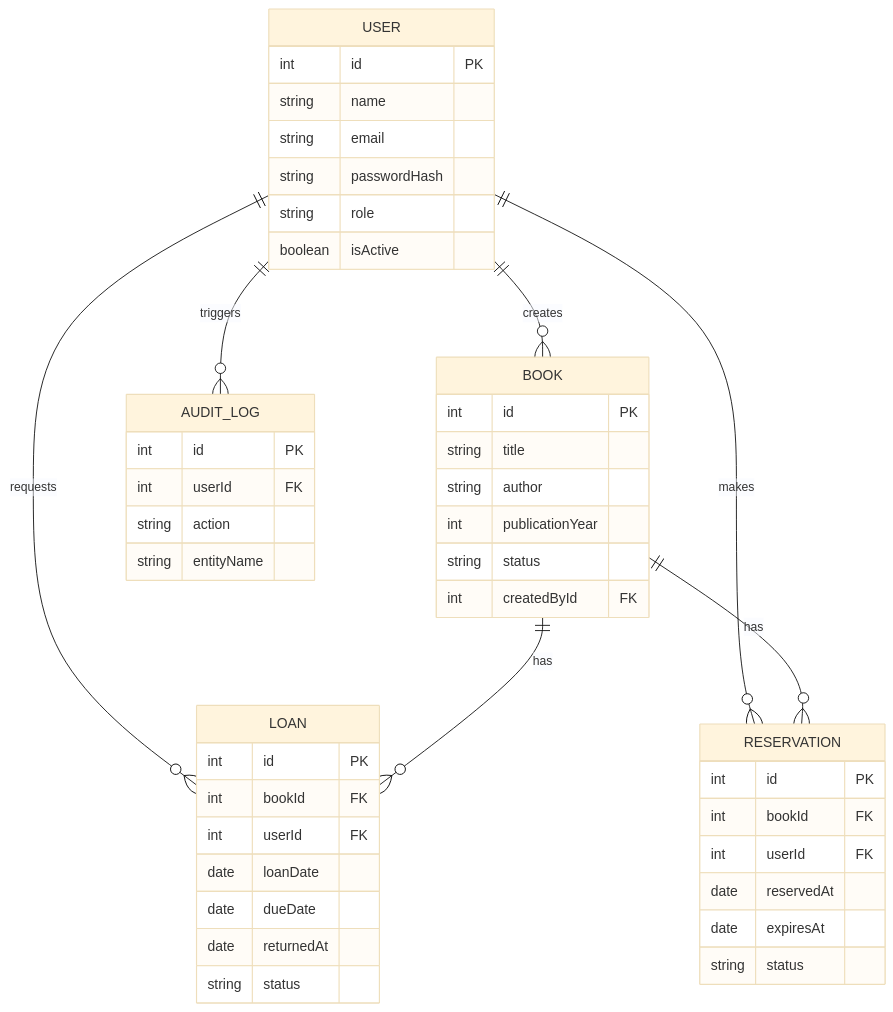
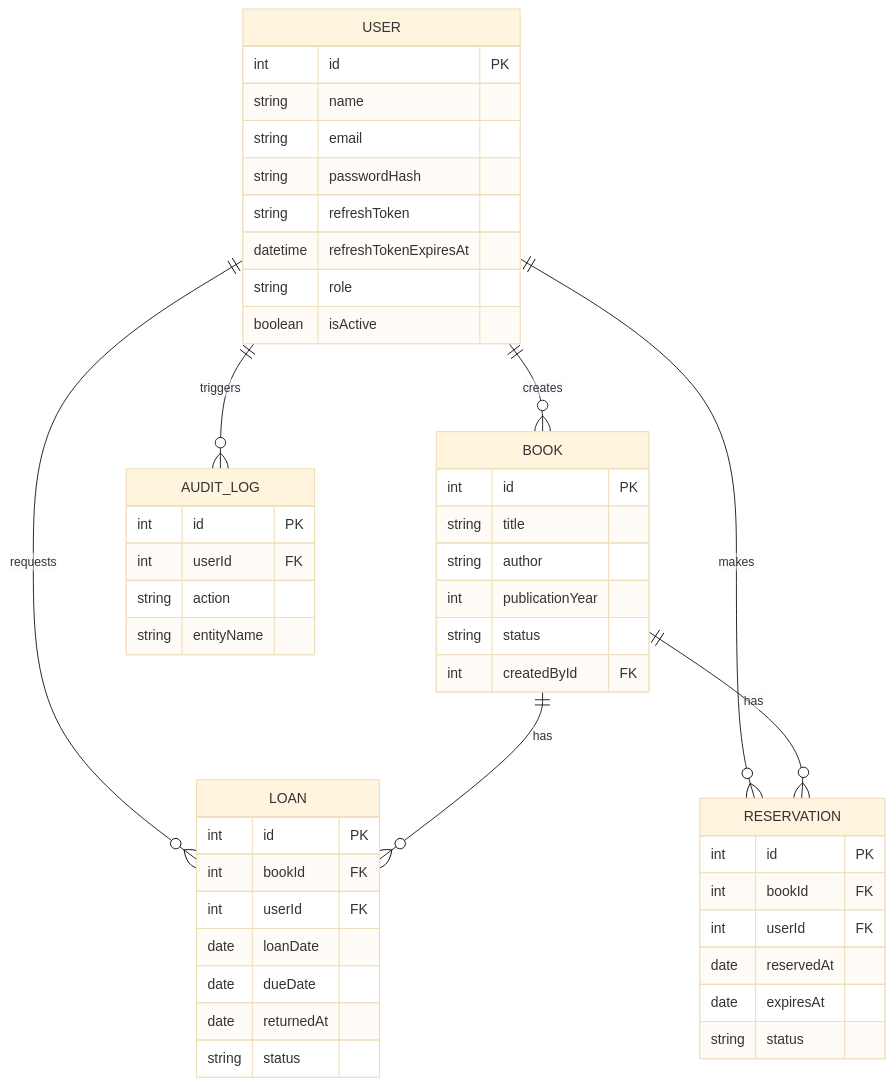
The diagram in README.md (juanpablovalencia749/libraryflow-api), drawn with Mermaid (base theme) before and after one commit. The commit also changed other lines of this file and 39 other files, not shown here.

````diff
--- a/README.md
+++ b/README.md
@@ -15,49 +27,51 @@
 ```mermaid
 erDiagram
     USER {
         int id PK
         string name
         string email
         string passwordHash
+        string refreshToken
+        datetime refreshTokenExpiresAt
         string role
         boolean isActive
     }
     BOOK {
         int id PK
         string title
         string author
         int publicationYear
         string status
         int createdById FK
     }
     LOAN {
         int id PK
         int bookId FK
         int userId FK
         date loanDate
         date dueDate
         date returnedAt
         string status
     }
     RESERVATION {
         int id PK
         int bookId FK
         int userId FK
         date reservedAt
         date expiresAt
         string status
     }
     AUDIT_LOG {
         int id PK
         int userId FK
         string action
         string entityName
     }
 
     USER ||--o{ BOOK : "creates"
     USER ||--o{ LOAN : "requests"
     USER ||--o{ RESERVATION : "makes"
     USER ||--o{ AUDIT_LOG : "triggers"
     BOOK ||--o{ LOAN : "has"
     BOOK ||--o{ RESERVATION : "has"
 ```
````
